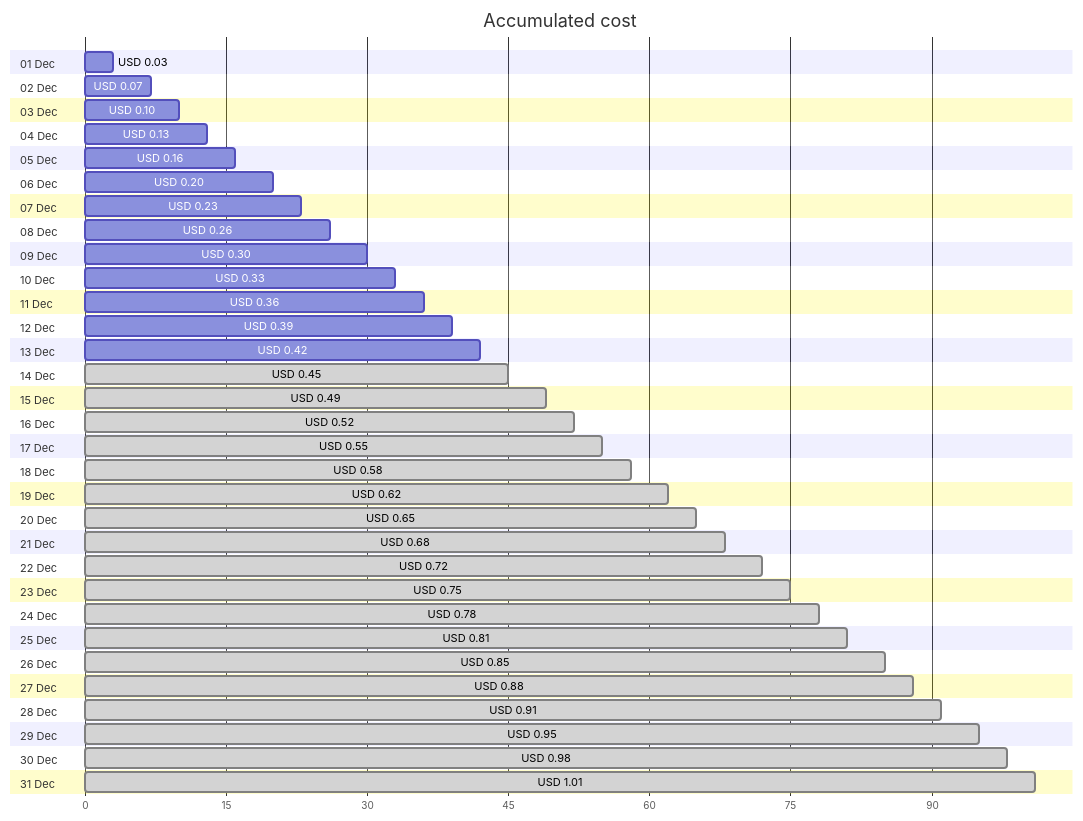
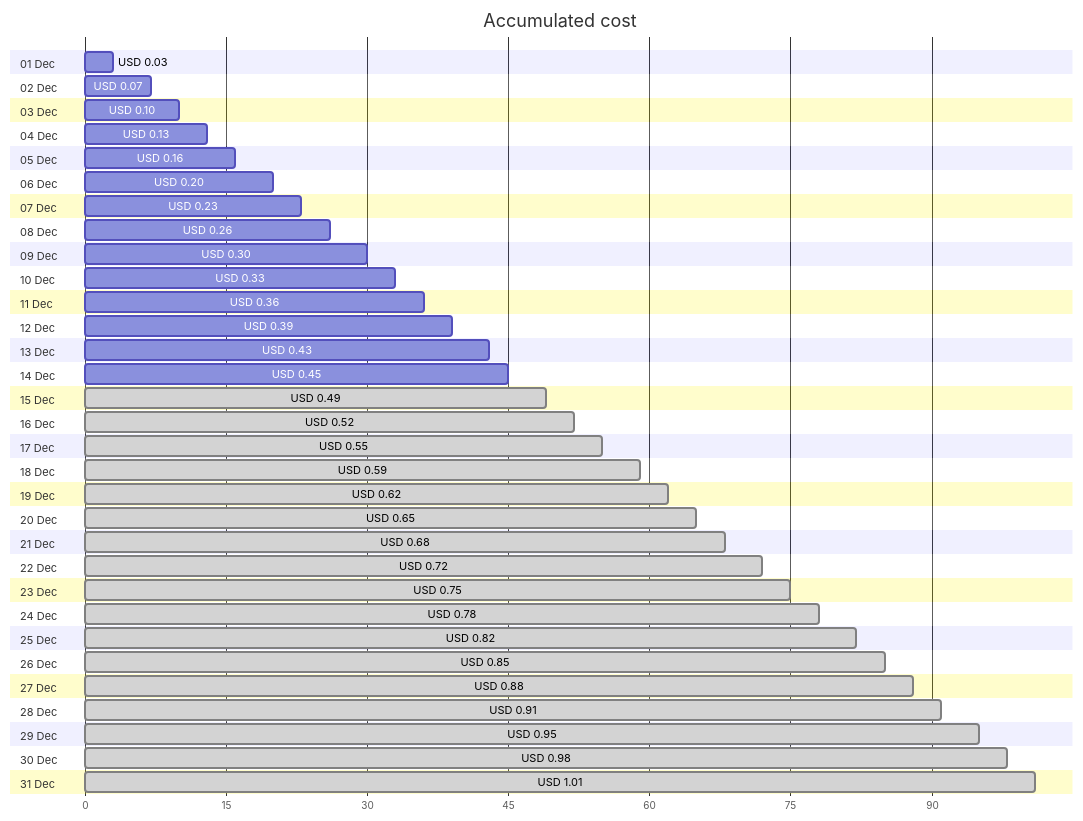
The first of 4 diagrams in cost-reports/personal-dns/README.md (jpfulton/azure-personal-reports), drawn with Mermaid before and after one commit. The commit also changed other lines of this file and 2 other files, not shown here.

````diff
--- a/cost-reports/personal-dns/README.md
+++ b/cost-reports/personal-dns/README.md
@@ -20,68 +20,68 @@
 ```mermaid
 gantt
    title Accumulated cost
    dateFormat  X
    axisFormat %s
    section 01 Dec
    USD 0.03 :0, 3
    section 02 Dec
    USD 0.07 :0, 7
    section 03 Dec
    USD 0.10 :0, 10
    section 04 Dec
    USD 0.13 :0, 13
    section 05 Dec
    USD 0.16 :0, 16
    section 06 Dec
    USD 0.20 :0, 20
    section 07 Dec
    USD 0.23 :0, 23
    section 08 Dec
    USD 0.26 :0, 26
    section 09 Dec
    USD 0.30 :0, 30
    section 10 Dec
    USD 0.33 :0, 33
    section 11 Dec
    USD 0.36 :0, 36
    section 12 Dec
    USD 0.39 :0, 39
    section 13 Dec
-   USD 0.42 :0, 42
+   USD 0.43 :0, 43
    section 14 Dec
-   USD 0.45 : done, 0, 45
+   USD 0.45 :0, 45
    section 15 Dec
    USD 0.49 : done, 0, 49
    section 16 Dec
    USD 0.52 : done, 0, 52
    section 17 Dec
    USD 0.55 : done, 0, 55
    section 18 Dec
-   USD 0.58 : done, 0, 58
+   USD 0.59 : done, 0, 59
    section 19 Dec
    USD 0.62 : done, 0, 62
    section 20 Dec
    USD 0.65 : done, 0, 65
    section 21 Dec
    USD 0.68 : done, 0, 68
    section 22 Dec
    USD 0.72 : done, 0, 72
    section 23 Dec
    USD 0.75 : done, 0, 75
    section 24 Dec
    USD 0.78 : done, 0, 78
    section 25 Dec
-   USD 0.81 : done, 0, 81
+   USD 0.82 : done, 0, 82
    section 26 Dec
    USD 0.85 : done, 0, 85
    section 27 Dec
    USD 0.88 : done, 0, 88
    section 28 Dec
    USD 0.91 : done, 0, 91
    section 29 Dec
    USD 0.95 : done, 0, 95
    section 30 Dec
    USD 0.98 : done, 0, 98
    section 31 Dec
    USD 1.01 : done, 0, 101
 ```
````
